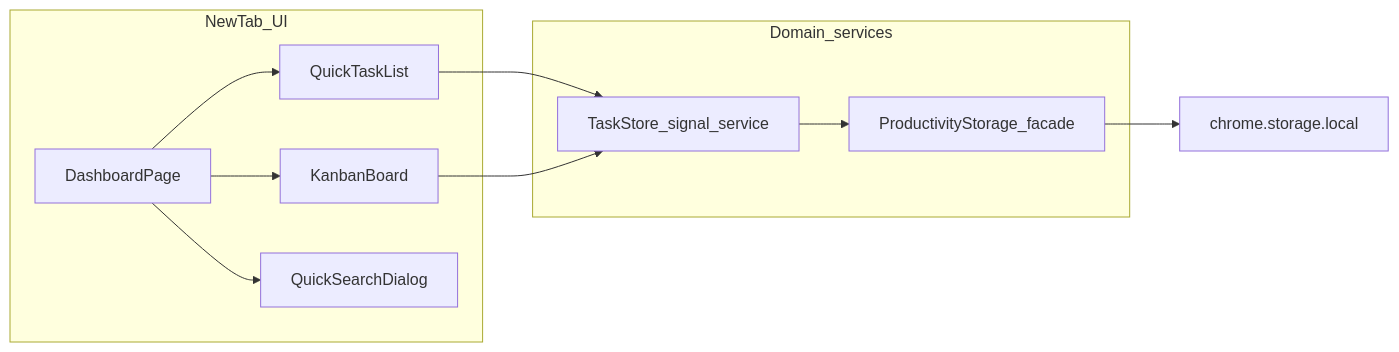
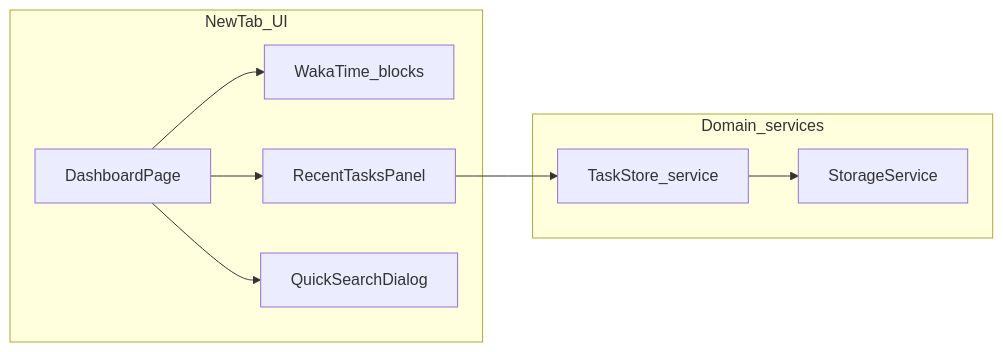
One commit to Muneersahel/DevTab changed the diagram in PLAN.md. Above: the diagram before and after it, drawn with Mermaid. The commit also changed other lines of this file, not shown here.

First line of the commit message:
docs(plan): refresh productivity and settings notes

````diff
--- a/PLAN.md
+++ b/PLAN.md
@@ -60,20 +72,18 @@
 ```mermaid
 flowchart LR
   subgraph ui [NewTab_UI]
     Dash[DashboardPage]
-    QuickUI[QuickTaskList]
-    BoardUI[KanbanBoard]
+    Analytics[WakaTime_blocks]
+    TaskCol[RecentTasksPanel]
     SearchUI[QuickSearchDialog]
   end
   subgraph domain [Domain_services]
-    TaskStore[TaskStore_signal_service]
-    ProdStorage[ProductivityStorage_facade]
+    TaskStore[TaskStore_service]
+    Storage[StorageService]
   end
-  Dash --> QuickUI
-  Dash --> BoardUI
+  Dash --> Analytics
+  Dash --> TaskCol
   Dash --> SearchUI
-  QuickUI --> TaskStore
-  BoardUI --> TaskStore
-  TaskStore --> ProdStorage
-  ProdStorage --> ChromeStorage[chrome.storage.local]
+  TaskCol --> TaskStore
+  TaskStore --> Storage
 ```
````
